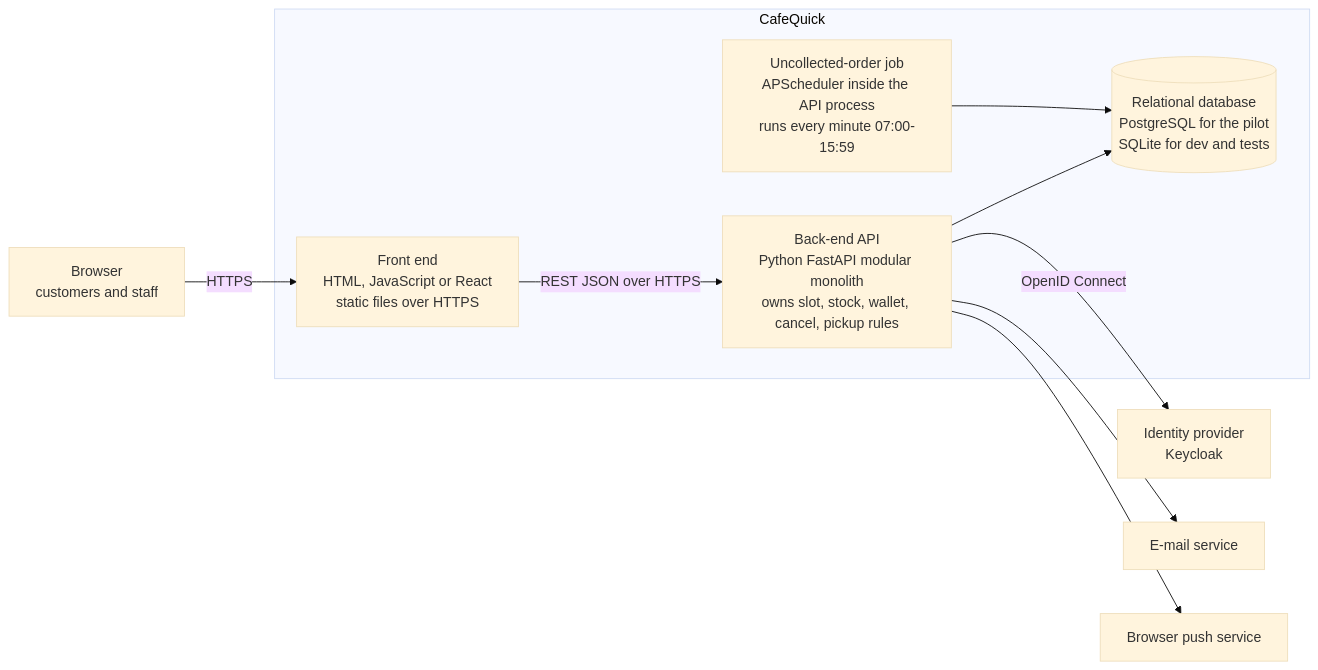
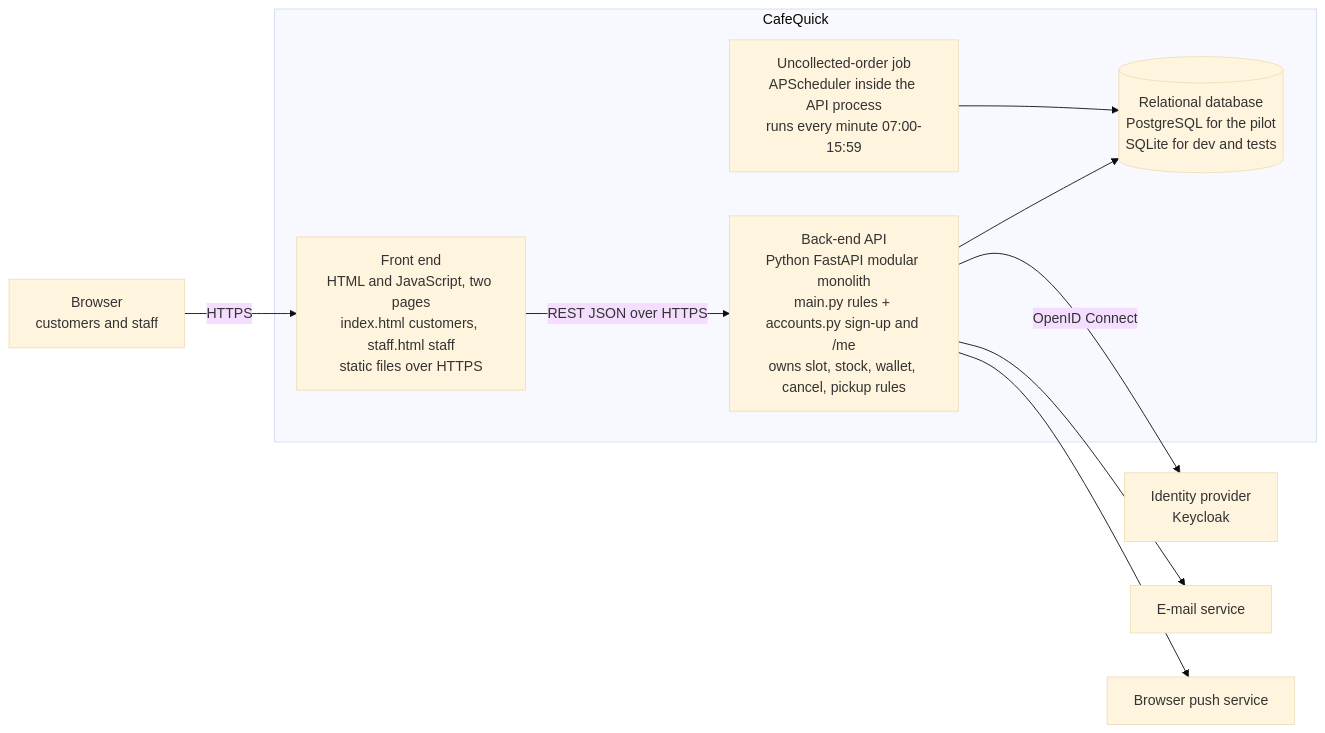
The second of 12 diagrams in README.md (YamenZeadneh/PM_CSP27), drawn with Mermaid (base theme) before and after one commit. The commit also changed other lines of this file and 13 other files, not shown here.

````diff
--- a/README.md
+++ b/README.md
@@ -50,20 +192,20 @@
 ```mermaid
 flowchart LR
     user["Browser<br/>customers and staff"]
     subgraph cafequick["CafeQuick"]
-        fe["Front end<br/>HTML, JavaScript or React<br/>static files over HTTPS"]
-        api["Back-end API<br/>Python FastAPI modular monolith<br/>owns slot, stock, wallet, cancel, pickup rules"]
+        fe["Front end<br/>HTML and JavaScript, two pages<br/>index.html customers, staff.html staff<br/>static files over HTTPS"]
+        api["Back-end API<br/>Python FastAPI modular monolith<br/>main.py rules + accounts.py sign-up and /me<br/>owns slot, stock, wallet, cancel, pickup rules"]
         job["Uncollected-order job<br/>APScheduler inside the API process<br/>runs every minute 07:00-15:59"]
         db[("Relational database<br/>PostgreSQL for the pilot<br/>SQLite for dev and tests")]
     end
     idp["Identity provider<br/>Keycloak"]
     mail["E-mail service"]
     push["Browser push service"]
     user -->|HTTPS| fe
     fe -->|"REST JSON over HTTPS"| api
     api --> db
     job --> db
     api -->|OpenID Connect| idp
     api --> mail
     api --> push
 ```
````
